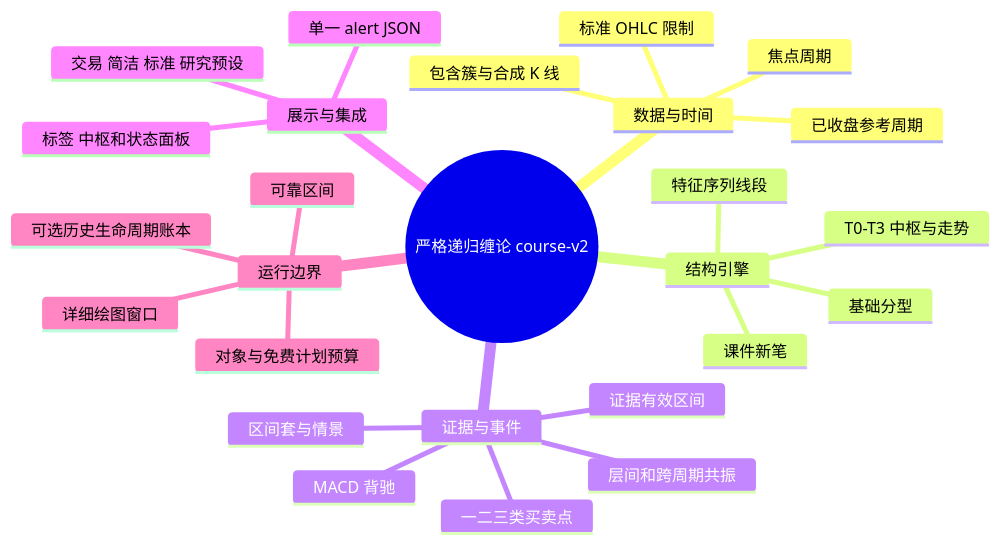
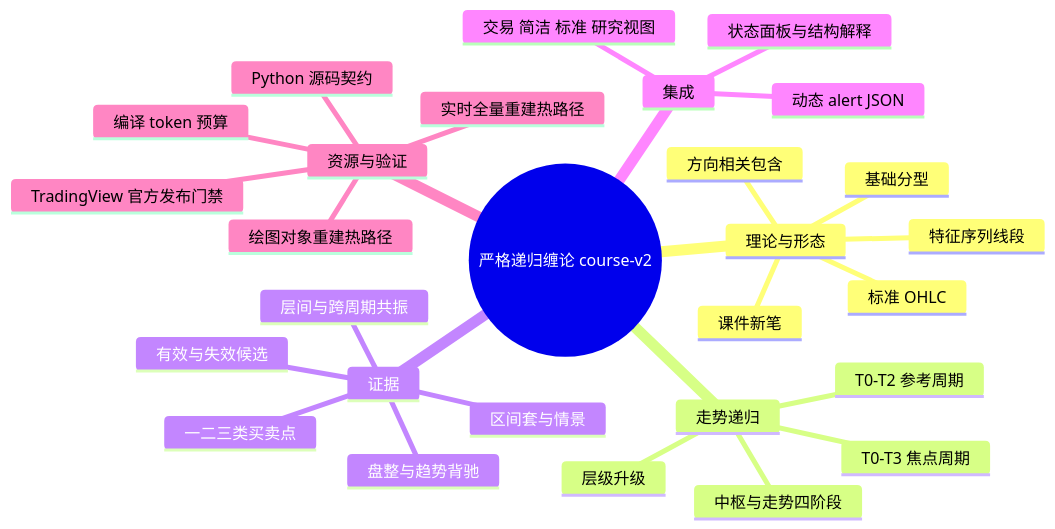
One commit to crossly/chanlun-for-tradingview changed the diagram in brain/mindmap.md. Above: the diagram before and after it, drawn with Mermaid. The commit also changed other lines of this file and 12 other files, not shown here.

````diff
--- a/brain/mindmap.md
+++ b/brain/mindmap.md
@@ -12,29 +10,31 @@
 ```mermaid
 mindmap
   root((严格递归缠论 course-v2))
-    数据与时间
-      标准 OHLC 限制
-      包含簇与合成 K 线
-      焦点周期
-      已收盘参考周期
-    结构引擎
+    理论与形态
+      标准 OHLC
+      方向相关包含
       基础分型
       课件新笔
       特征序列线段
-      T0-T3 中枢与走势
-    证据与事件
-      MACD 背驰
+    走势递归
+      T0-T3 焦点周期
+      T0-T2 参考周期
+      中枢与走势四阶段
+      层级升级
+    证据
+      盘整与趋势背驰
       一二三类买卖点
-      证据有效区间
-      层间和跨周期共振
+      有效与失效候选
+      层间与跨周期共振
       区间套与情景
-    展示与集成
-      交易 简洁 标准 研究预设
-      标签 中枢和状态面板
-      单一 alert JSON
-    运行边界
-      可靠区间
-      详细绘图窗口
-      对象与免费计划预算
-      可选历史生命周期账本
+    集成
+      交易 简洁 标准 研究视图
+      状态面板与结构解释
+      动态 alert JSON
+    资源与验证
+      编译 token 预算
+      实时全量重建热路径
+      绘图对象重建热路径
+      Python 源码契约
+      TradingView 官方发布门禁
 ```
````
